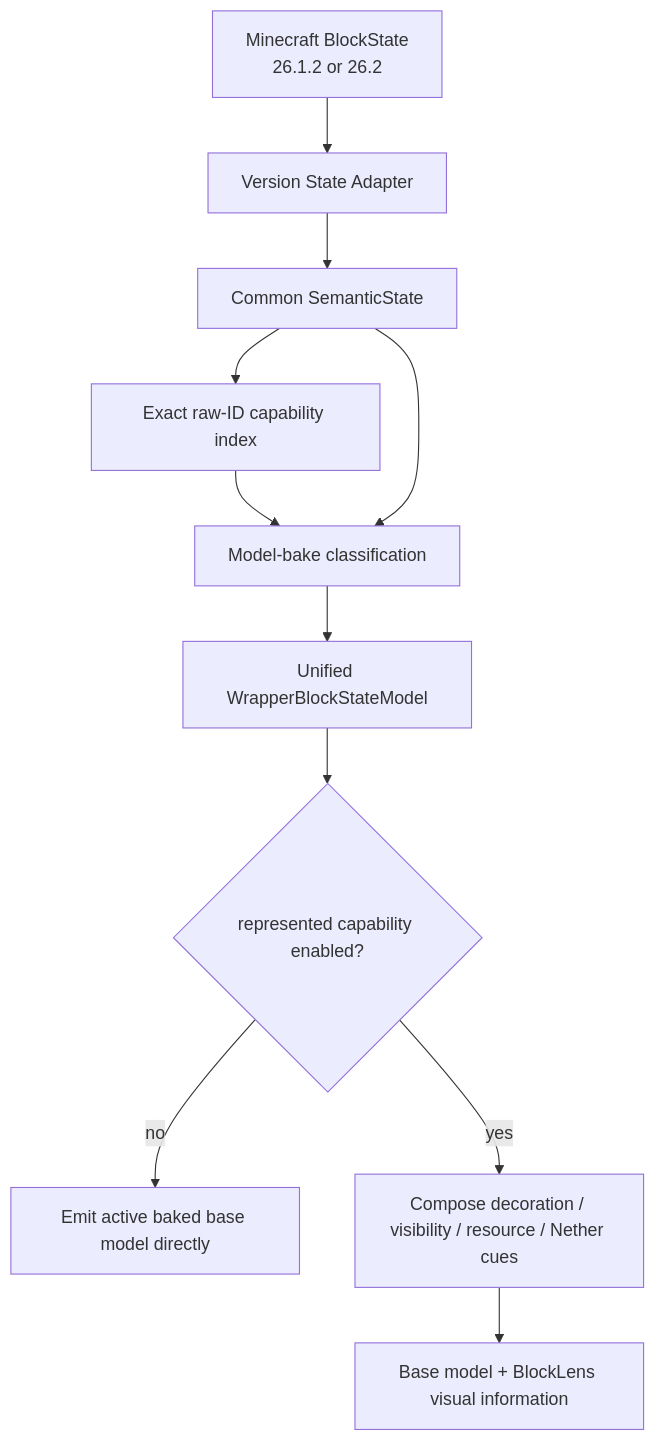
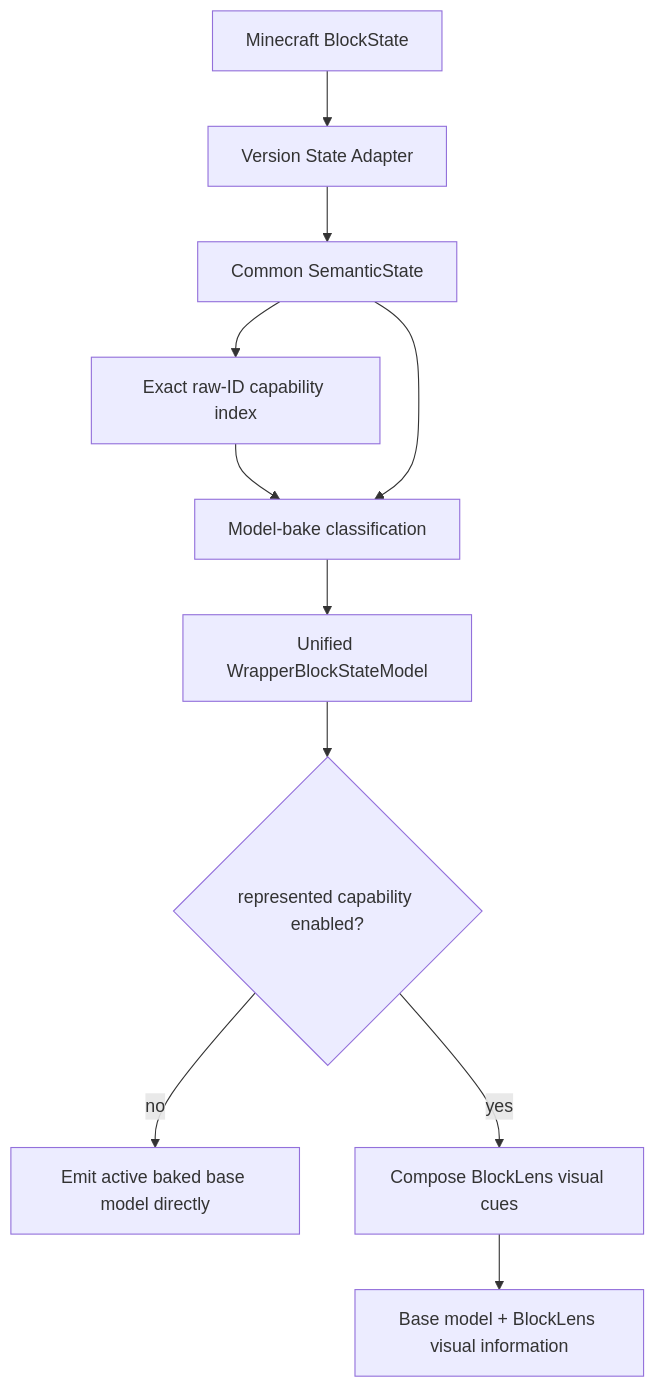
Before and after one commit to bosatsu25/BlockLens: the second of 3 diagrams in README.md, drawn with Mermaid. The commit also changed other lines of this file, not shown here.

````diff
--- a/README.md
+++ b/README.md
@@ -78,13 +53,13 @@
 ```mermaid
 flowchart TD
-    MC[Minecraft BlockState\n26.1.2 or 26.2] --> VA[Version State Adapter]
+    MC[Minecraft BlockState] --> VA[Version State Adapter]
     VA --> SS[Common SemanticState]
     SS --> IDX[Exact raw-ID capability index]
     IDX --> BM[Model-bake classification]
     SS --> BM
     BM --> WRAP[Unified WrapperBlockStateModel]
     WRAP --> Q{represented capability enabled?}
     Q -- no --> BASE[Emit active baked base model directly]
-    Q -- yes --> CUES[Compose decoration / visibility / resource / Nether cues]
+    Q -- yes --> CUES[Compose BlockLens visual cues]
     CUES --> OUT[Base model + BlockLens visual information]
 ```
````
